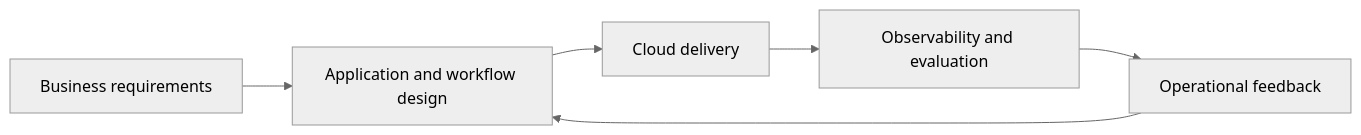
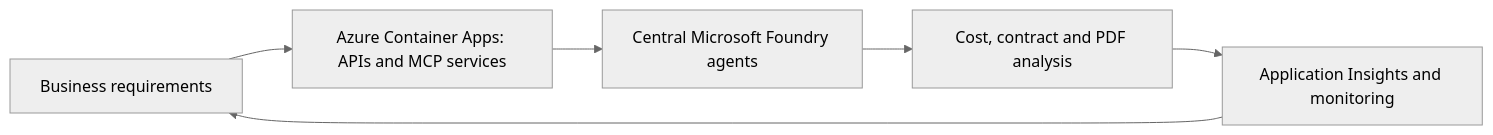
The diagram in README.md (hkaiverse/hemanth-engineering-portfolio), drawn with Mermaid (neutral theme) before and after one commit. The commit also changed other lines of this file and 11 other files, not shown here.

````diff
--- a/README.md
+++ b/README.md
@@ -29,8 +34,8 @@
 ```mermaid
 flowchart LR
-  A[Business requirements] --> B[Application and workflow design]
-  B --> C[Cloud delivery]
-  C --> D[Observability and evaluation]
-  D --> E[Operational feedback]
-  E --> B
+  A[Business requirements] --> B[Azure Container Apps: APIs and MCP services]
+  B --> C[Central Microsoft Foundry agents]
+  C --> D[Cost, contract and PDF analysis]
+  D --> E[Application Insights and monitoring]
+  E --> A
 ```
````
